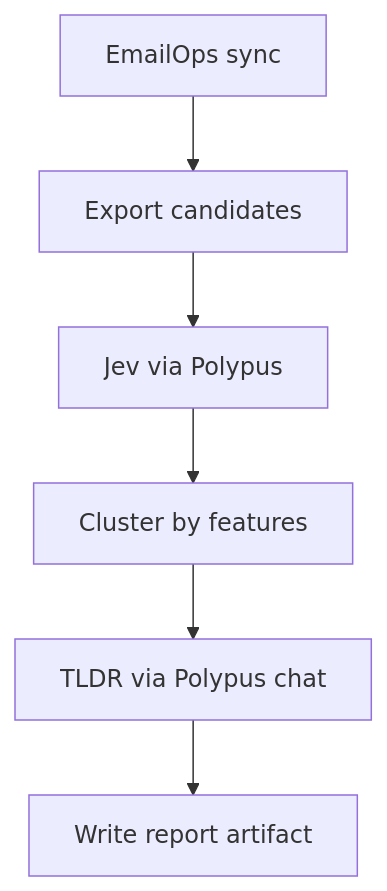
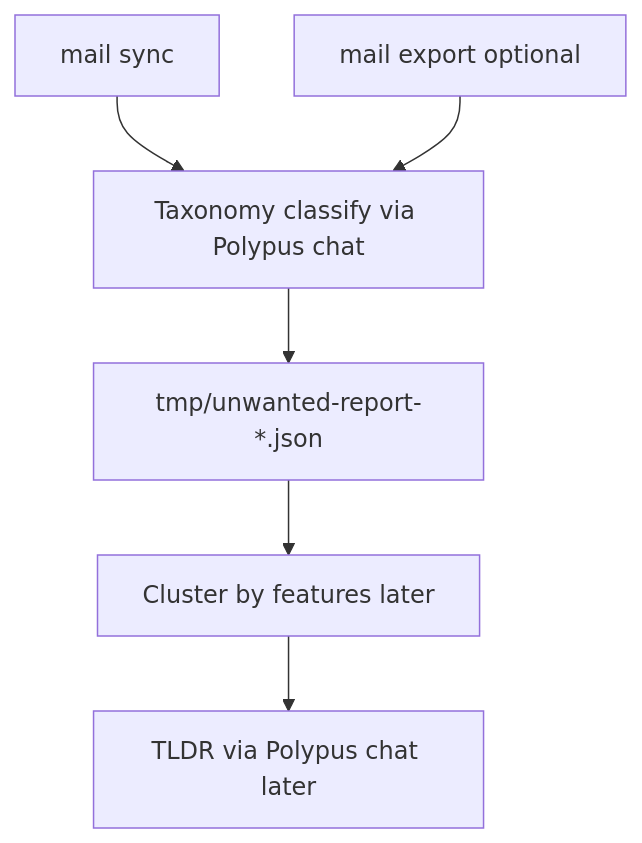
Before and after one commit to xynova/should-i-read: the diagram in docs/report-only-eval.md, drawn with Mermaid. The commit also changed other lines of this file and 156 other files, not shown here.

First line of the commit message:
feat: Pimalaya operator path and report-only mail classify (#5)

````diff
--- a/docs/report-only-eval.md
+++ b/docs/report-only-eval.md
@@ -20,14 +20,14 @@
 ```mermaid
 flowchart TD
-  sync[EmailOps sync]
-  export[Export candidates]
-  jev[Jev via Polypus]
-  cluster[Cluster by features]
-  tldr[TLDR via Polypus chat]
-  report[Write report artifact]
-  sync --> export
-  export --> jev
-  jev --> cluster
+  sync[mail sync]
+  classify[Taxonomy classify via Polypus chat]
+  report[tmp/unwanted-report-*.json]
+  export[mail export optional]
+  cluster[Cluster by features later]
+  tldr[TLDR via Polypus chat later]
+  sync --> classify
+  classify --> report
+  export --> classify
+  report --> cluster
   cluster --> tldr
-  tldr --> report
 ```
````
